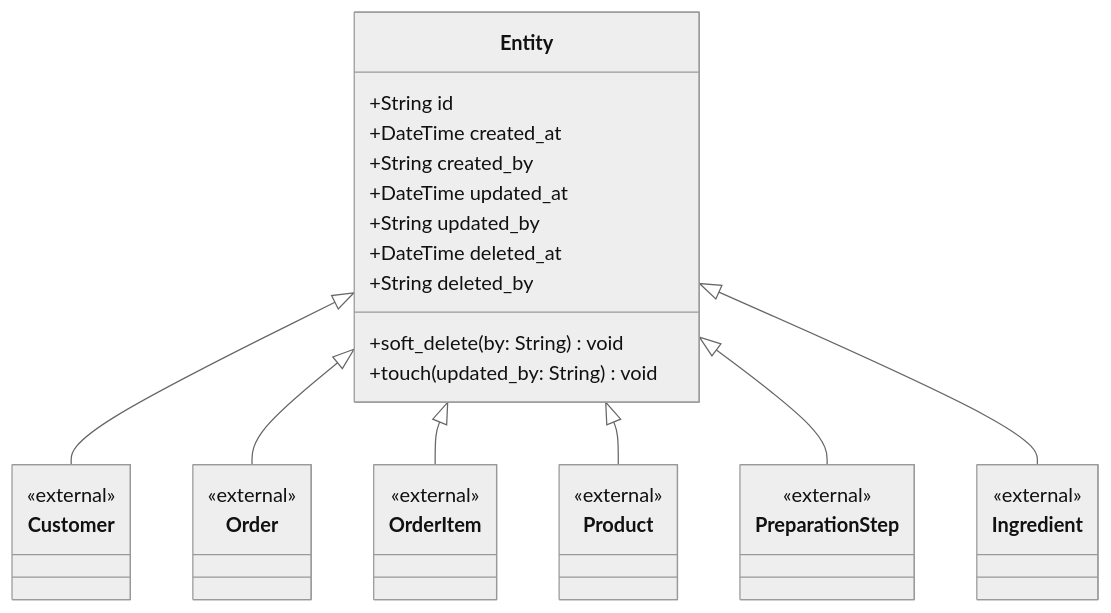
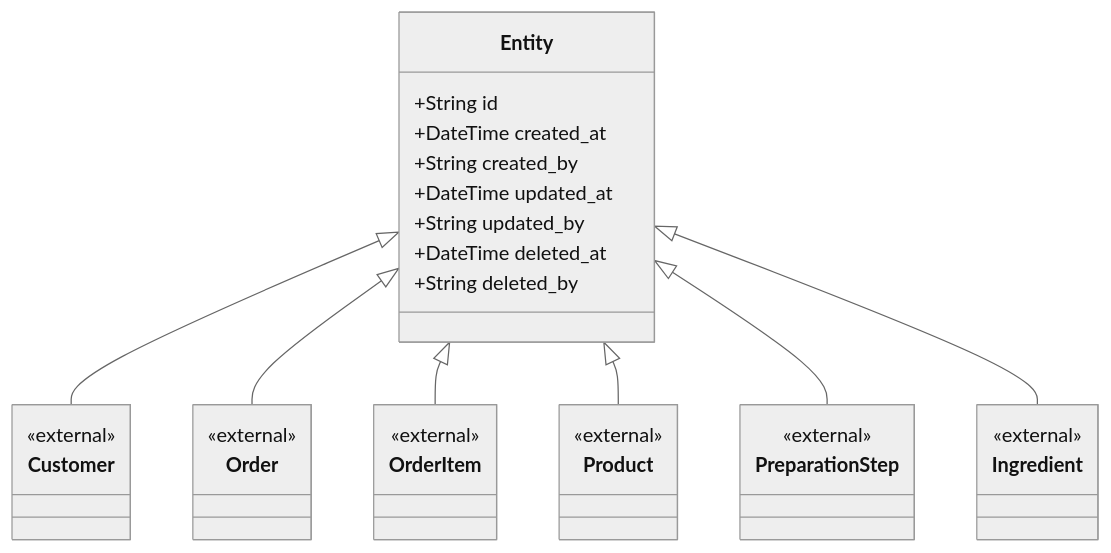
The diagram in src/entities/entity/diagram.md (alexander9306/Kitchen-Simulator), drawn with Mermaid (neutral theme) before and after one commit. The commit also changed other lines of this file and 3 other files, not shown here.

Commit message:
deleted soft delete and touch

````diff
--- a/src/entities/entity/diagram.md
+++ b/src/entities/entity/diagram.md
@@ -6,40 +5,38 @@
 ```mermaid
 classDiagram
     class Entity {
         +String id
         +DateTime created_at
         +String created_by
         +DateTime updated_at
         +String updated_by
         +DateTime deleted_at
         +String deleted_by
-        +soft_delete(by: String) void
-        +touch(updated_by: String) void
     }
 
     class Customer {
         <<external>>
     }
     class Order {
         <<external>>
     }
     class OrderItem {
         <<external>>
     }
     class Product {
         <<external>>
     }
     class PreparationStep {
         <<external>>
     }
     class Ingredient {
         <<external>>
     }
 
     Entity <|-- Customer
     Entity <|-- Order
     Entity <|-- OrderItem
     Entity <|-- Product
     Entity <|-- PreparationStep
     Entity <|-- Ingredient
 ```
````
